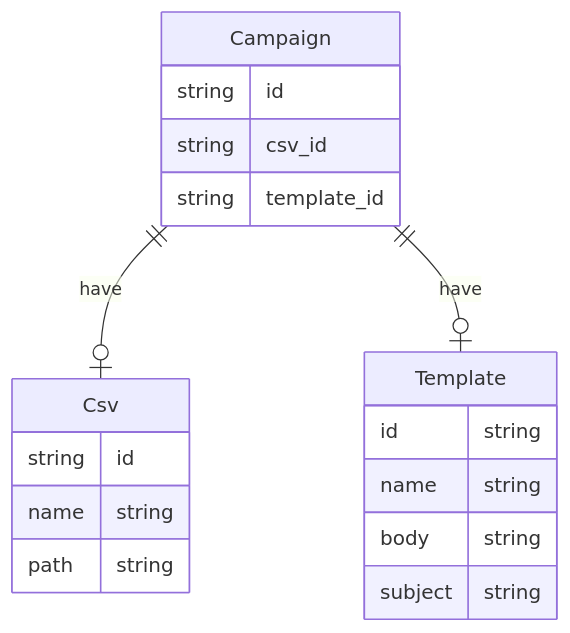
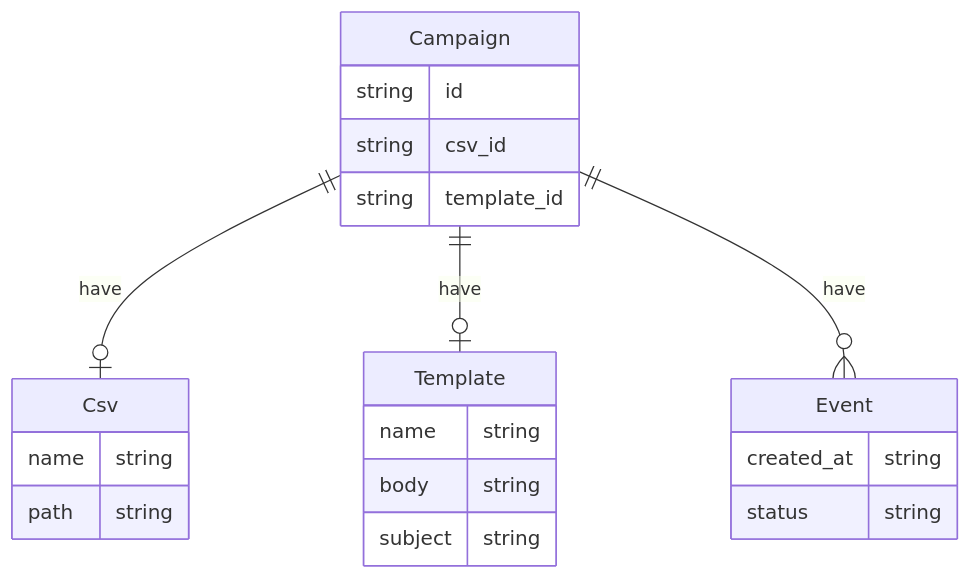
One commit to fahmifan/mailmerger-server changed the diagram in README.md. Above: the diagram before and after it, drawn with Mermaid. The commit also changed 11 other files, not shown here.

````diff
--- a/README.md
+++ b/README.md
@@ -11,23 +11,26 @@
 ```mermaid
 erDiagram
 	Campaign ||--o| Csv: have
 	Campaign ||--o| Template: have
+	Campaign ||--o{ Event: have
 
 	Campaign {
 		string id
 		string csv_id
 		string template_id
 	}
 	Csv {
-		string id
 		name string
 		path string
 	}
 	Template {
-		id string
 		name string
 		body string
 		subject string
 	}
+	Event {
+		created_at string
+		status string
+	}
 
 ```
````
